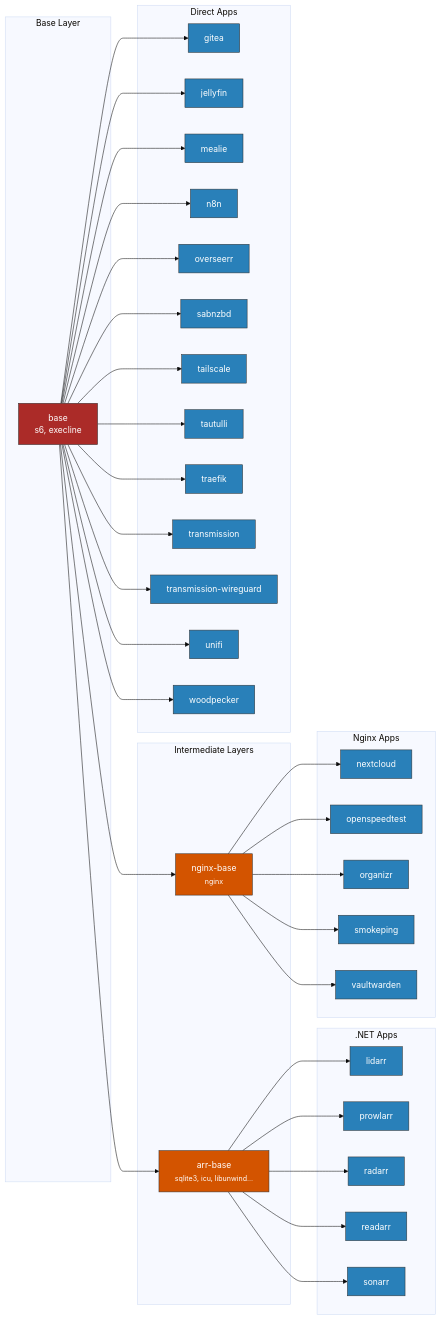
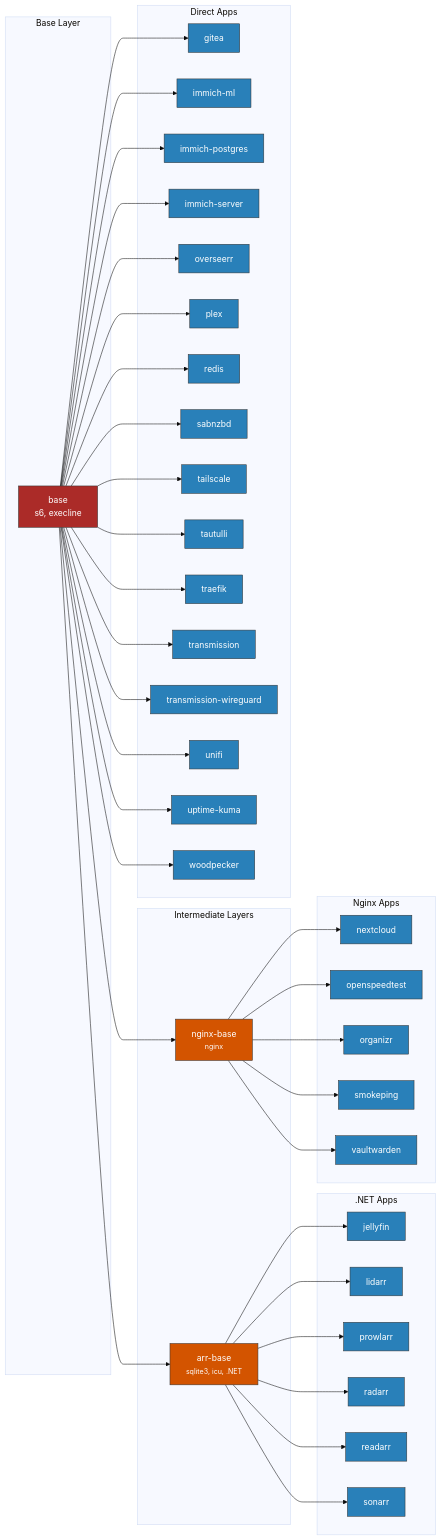
One commit to daemonless/daemonless-site-test changed the diagram in docs/architecture.md. Above: the diagram before and after it, drawn with Mermaid. The commit also changed other lines of this file and 1 other file, not shown here.

Commit message:
sync docs remove external mermaid, mkdocs has it built in (didn't realize this!)

````diff
--- a/docs/architecture.md
+++ b/docs/architecture.md
@@ -12,11 +12,12 @@
     end
 
     subgraph intermediate["Intermediate Layers"]
-        arr-base["arr-base<br/><small>sqlite3, icu, libunwind...</small>"]
+        arr-base["arr-base<br/><small>sqlite3, icu, .NET</small>"]
         nginx-base["nginx-base<br/><small>nginx</small>"]
     end
 
     subgraph arr_apps[".NET Apps"]
+        jellyfin["jellyfin"]
         lidarr["lidarr"]
         prowlarr["prowlarr"]
         radarr["radarr"]
@@ -34,10 +35,12 @@
 
     subgraph base_apps["Direct Apps"]
         gitea["gitea"]
-        jellyfin["jellyfin"]
-        mealie["mealie"]
-        n8n["n8n"]
+        immich-ml["immich-ml"]
+        immich-postgres["immich-postgres"]
+        immich-server["immich-server"]
         overseerr["overseerr"]
+        plex["plex"]
+        redis["redis"]
         sabnzbd["sabnzbd"]
         tailscale["tailscale"]
         tautulli["tautulli"]
@@ -45,35 +48,67 @@
         transmission["transmission"]
         transmission-wireguard["transmission-wireguard"]
         unifi["unifi"]
+        uptime-kuma["uptime-kuma"]
         woodpecker["woodpecker"]
     end
 
     %% Connections
     base --> arr-base
     base --> nginx-base
+    arr-base --> jellyfin
+    click jellyfin "images/jellyfin.md" "View jellyfin Docs"
+    arr-base --> lidarr
+    click lidarr "images/lidarr.md" "View lidarr Docs"
+    arr-base --> prowlarr
+    click prowlarr "images/prowlarr.md" "View prowlarr Docs"
     arr-base --> radarr
+    click radarr "images/radarr.md" "View radarr Docs"
+    arr-base --> readarr
+    click readarr "images/readarr.md" "View readarr Docs"
     arr-base --> sonarr
-    arr-base --> prowlarr
-    arr-base --> lidarr
-    arr-base --> readarr
+    click sonarr "images/sonarr.md" "View sonarr Docs"
+    nginx-base --> nextcloud
+    click nextcloud "images/nextcloud.md" "View nextcloud Docs"
     nginx-base --> openspeedtest
+    click openspeedtest "images/openspeedtest.md" "View openspeedtest Docs"
     nginx-base --> organizr
+    click organizr "images/organizr.md" "View organizr Docs"
     nginx-base --> smokeping
-    nginx-base --> nextcloud
+    click smokeping "images/smokeping.md" "View smokeping Docs"
     nginx-base --> vaultwarden
+    click vaultwarden "images/vaultwarden.md" "View vaultwarden Docs"
+    base --> gitea
+    click gitea "images/gitea.md" "View gitea Docs"
+    base --> immich-ml
+    click immich-ml "images/immich-ml.md" "View immich-ml Docs"
+    base --> immich-postgres
+    click immich-postgres "images/immich-postgres.md" "View immich-postgres Docs"
+    base --> immich-server
+    click immich-server "images/immich-server.md" "View immich-server Docs"
+    base --> overseerr
+    click overseerr "images/overseerr.md" "View overseerr Docs"
+    base --> plex
+    click plex "images/plex.md" "View plex Docs"
+    base --> redis
+    click redis "images/redis.md" "View redis Docs"
     base --> sabnzbd
+    click sabnzbd "images/sabnzbd.md" "View sabnzbd Docs"
+    base --> tailscale
+    click tailscale "images/tailscale.md" "View tailscale Docs"
     base --> tautulli
-    base --> jellyfin
+    click tautulli "images/tautulli.md" "View tautulli Docs"
+    base --> traefik
+    click traefik "images/traefik.md" "View traefik Docs"
     base --> transmission
+    click transmission "images/transmission.md" "View transmission Docs"
     base --> transmission-wireguard
-    base --> gitea
-    base --> tailscale
-    base --> traefik
-    base --> mealie
-    base --> n8n
-    base --> overseerr
+    click transmission-wireguard "images/transmission-wireguard.md" "View transmission-wireguard Docs"
     base --> unifi
+    click unifi "images/unifi.md" "View unifi Docs"
+    base --> uptime-kuma
+    click uptime-kuma "images/uptime-kuma.md" "View uptime-kuma Docs"
     base --> woodpecker
+    click woodpecker "images/woodpecker.md" "View woodpecker Docs"
 
     %% Styling
     classDef baseStyle fill:#ab2b28,stroke:#333,color:#fff
@@ -81,5 +116,5 @@
     classDef appStyle fill:#2980b9,stroke:#333,color:#fff
     class base baseStyle
     class arr-base,nginx-base intermediateStyle
-    class radarr,sonarr,prowlarr,lidarr,readarr,openspeedtest,organizr,smokeping,nextcloud,vaultwarden,sabnzbd,tautulli,jellyfin,transmission,transmission-wireguard,gitea,tailscale,traefik,mealie,n8n,overseerr,unifi,woodpecker appStyle
+    class jellyfin,lidarr,prowlarr,radarr,readarr,sonarr,nextcloud,openspeedtest,organizr,smokeping,vaultwarden,gitea,immich-ml,immich-postgres,immich-server,overseerr,plex,redis,sabnzbd,tailscale,tautulli,traefik,transmission,transmission-wireguard,unifi,uptime-kuma,woodpecker appStyle
 ```
````
